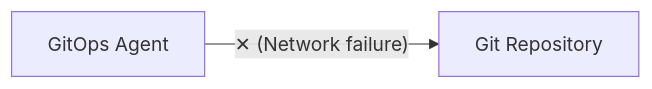
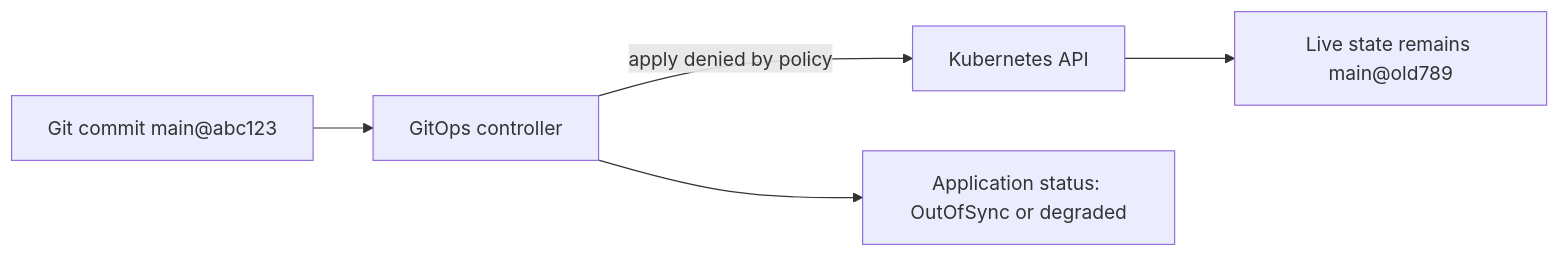
One commit to krisztiankoos/kubedojo changed the third of 5 diagrams in src/content/docs/platform/disciplines/delivery-automation/gitops/module-3.4-drift-detection.md. Above: the diagram before and after it, drawn with Mermaid. The commit also changed other lines of this file, not shown here.

````diff
--- a/src/content/docs/platform/disciplines/delivery-automation/gitops/module-3.4-drift-detection.md
+++ b/src/content/docs/platform/disciplines/delivery-automation/gitops/module-3.4-drift-detection.md
@@ -149,4 +180,7 @@
 ```mermaid
 graph LR
-    Agent["GitOps Agent"] -- "✕ (Network failure)" --> Git["Git Repository"]
+    Git["Git commit main@abc123"] --> Agent["GitOps controller"]
+    Agent -->|apply denied by policy| API["Kubernetes API"]
+    API --> Live["Live state remains main@old789"]
+    Agent --> Status["Application status: OutOfSync or degraded"]
 ```
````
